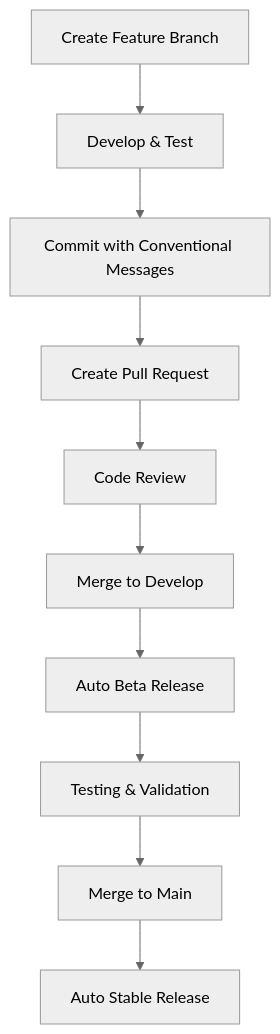
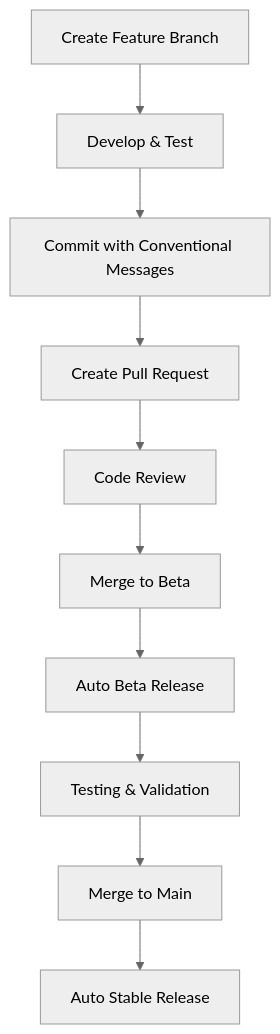
One commit to oliver-richman/tspec changed the diagram in docs/PUBLISHING.md. Above: the diagram before and after it, drawn with Mermaid (neutral theme). The commit also changed other lines of this file and 5 other files, not shown here.

Commit message:
chore(ci): rename develop branch to beta across all configs and docs

````diff
--- a/docs/PUBLISHING.md
+++ b/docs/PUBLISHING.md
@@ -145,12 +145,12 @@
 ```mermaid
 graph TD
     A[Create Feature Branch] --> B[Develop & Test]
     B --> C[Commit with Conventional Messages]
     C --> D[Create Pull Request]
     D --> E[Code Review]
-    E --> F[Merge to Develop]
+    E --> F[Merge to Beta]
     F --> G[Auto Beta Release]
     G --> H[Testing & Validation]
     H --> I[Merge to Main]
     I --> J[Auto Stable Release]
 ```
````
